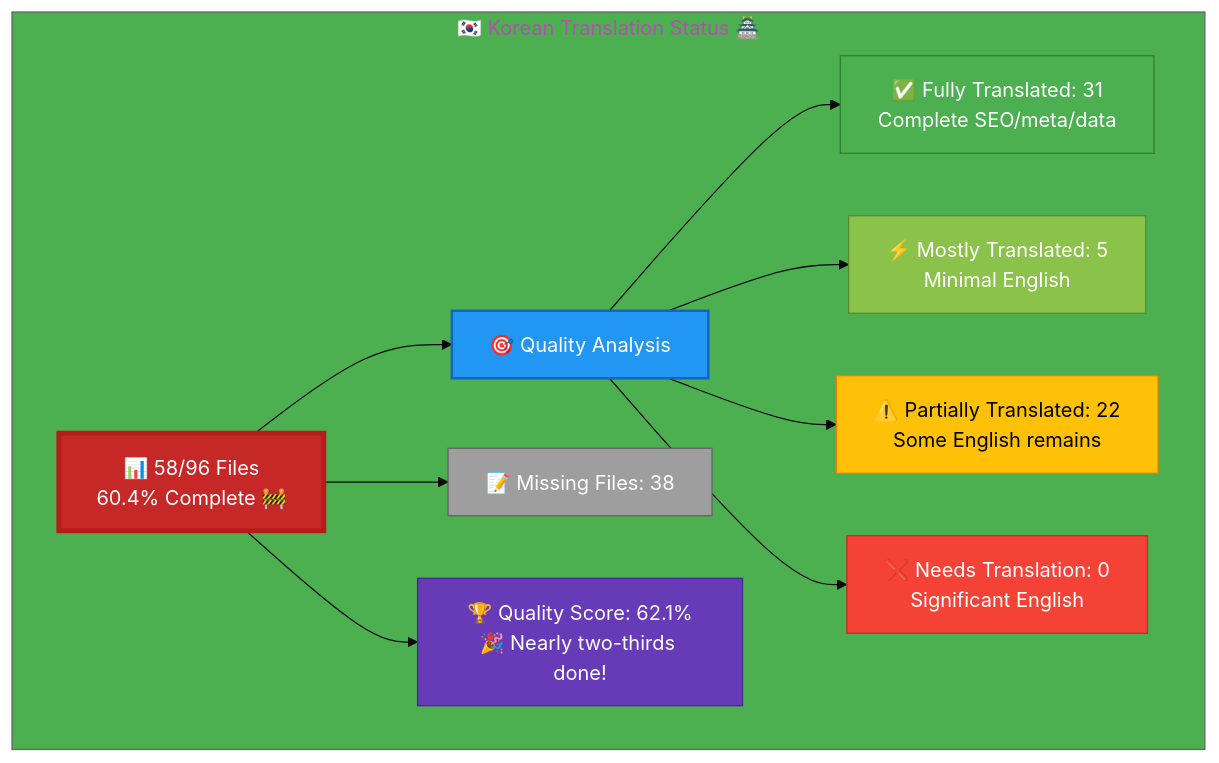
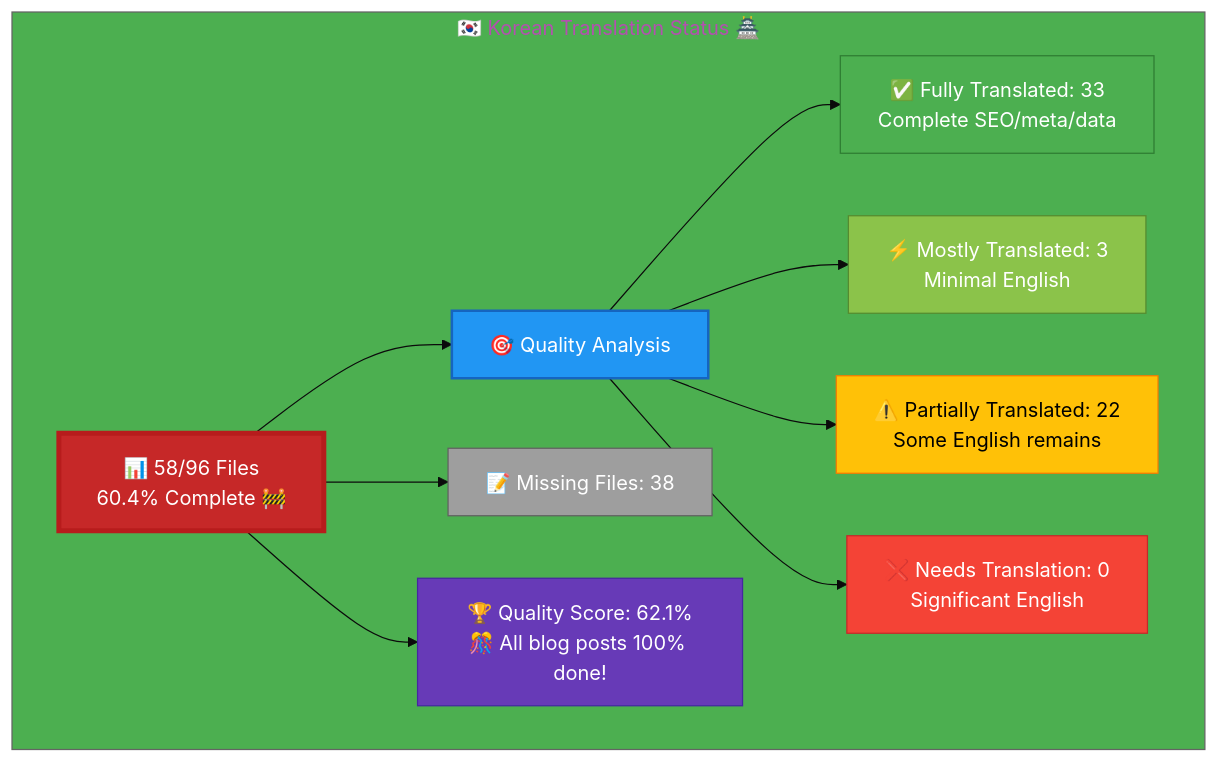
Before and after one commit to Hack23/homepage: the diagram in Korean-Translation-Status.md, drawn with Mermaid. The commit also changed other lines of this file, not shown here.

Commit message:
Update status: 🎊 100% blog posts complete! Quality 62.1%, 33 fully translated

````diff
--- a/Korean-Translation-Status.md
+++ b/Korean-Translation-Status.md
@@ -12,26 +12,26 @@
 ```mermaid
 %%{init: {'theme':'base', 'themeVariables': {'primaryColor':'#C62828','secondaryColor':'#2196F3','tertiaryColor':'#4CAF50','fontSize':'16px'}}}%%
 graph TB
     subgraph "🇰🇷 Korean Translation Status 🏯"
         A["📊 58/96 Files<br/>60.4% Complete 🚧"]
         
         A --> B["🎯 Quality Analysis"]
-        B --> C["✅ Fully Translated: 31<br/>Complete SEO/meta/data"]
-        B --> D["⚡ Mostly Translated: 5<br/>Minimal English"]
+        B --> C["✅ Fully Translated: 33<br/>Complete SEO/meta/data"]
+        B --> D["⚡ Mostly Translated: 3<br/>Minimal English"]
         B --> E["⚠️  Partially Translated: 22<br/>Some English remains"]
         B --> F["❌ Needs Translation: 0<br/>Significant English"]
         
         A --> G["📝 Missing Files: 38"]
         
-        A --> H["🏆 Quality Score: 62.1%<br/>🎉 Nearly two-thirds done!"]
+        A --> H["🏆 Quality Score: 62.1%<br/>🎊 All blog posts 100% done!"]
         
         style A fill:#C62828,stroke:#B71C1C,color:#fff,stroke-width:4px
         style B fill:#2196F3,stroke:#1565C0,color:#fff,stroke-width:2px
         style C fill:#4CAF50,stroke:#2E7D32,color:#fff
         style D fill:#8BC34A,stroke:#558B2F,color:#fff
         style E fill:#FFC107,stroke:#F57C00,color:#000
         style F fill:#F44336,stroke:#C62828,color:#fff
         style G fill:#9E9E9E,stroke:#616161,color:#fff
         style H fill:#673AB7,stroke:#4527A0,color:#fff
     end
 ```
````
